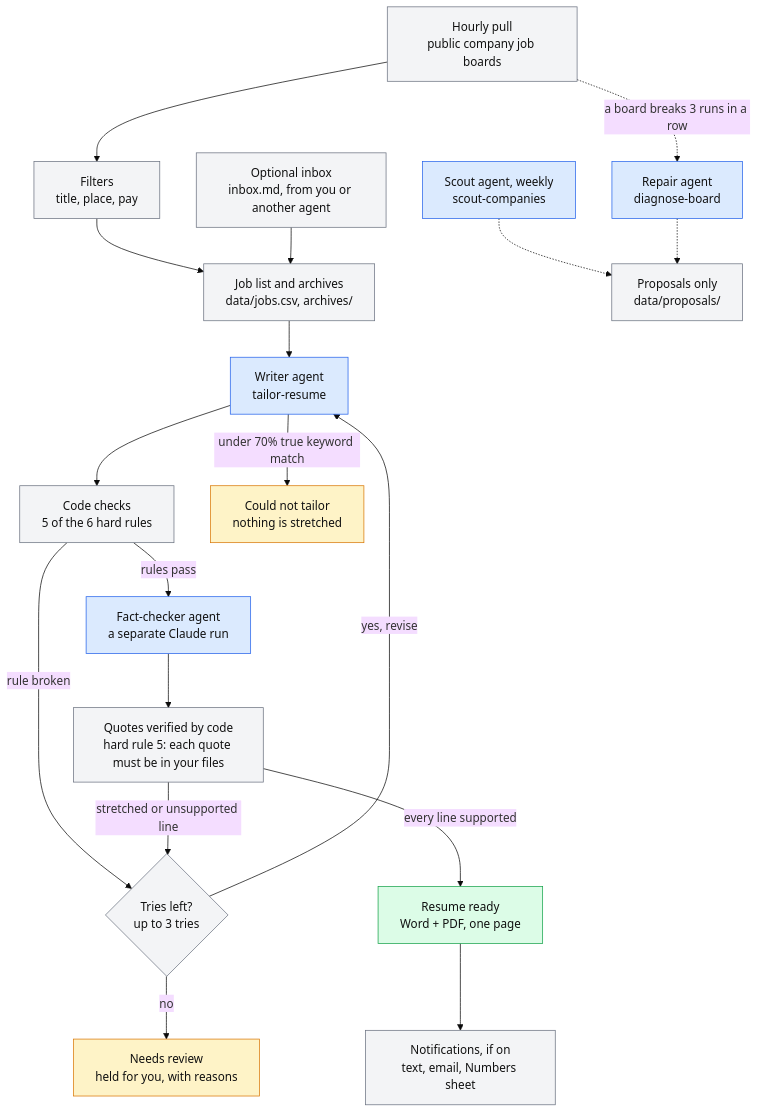
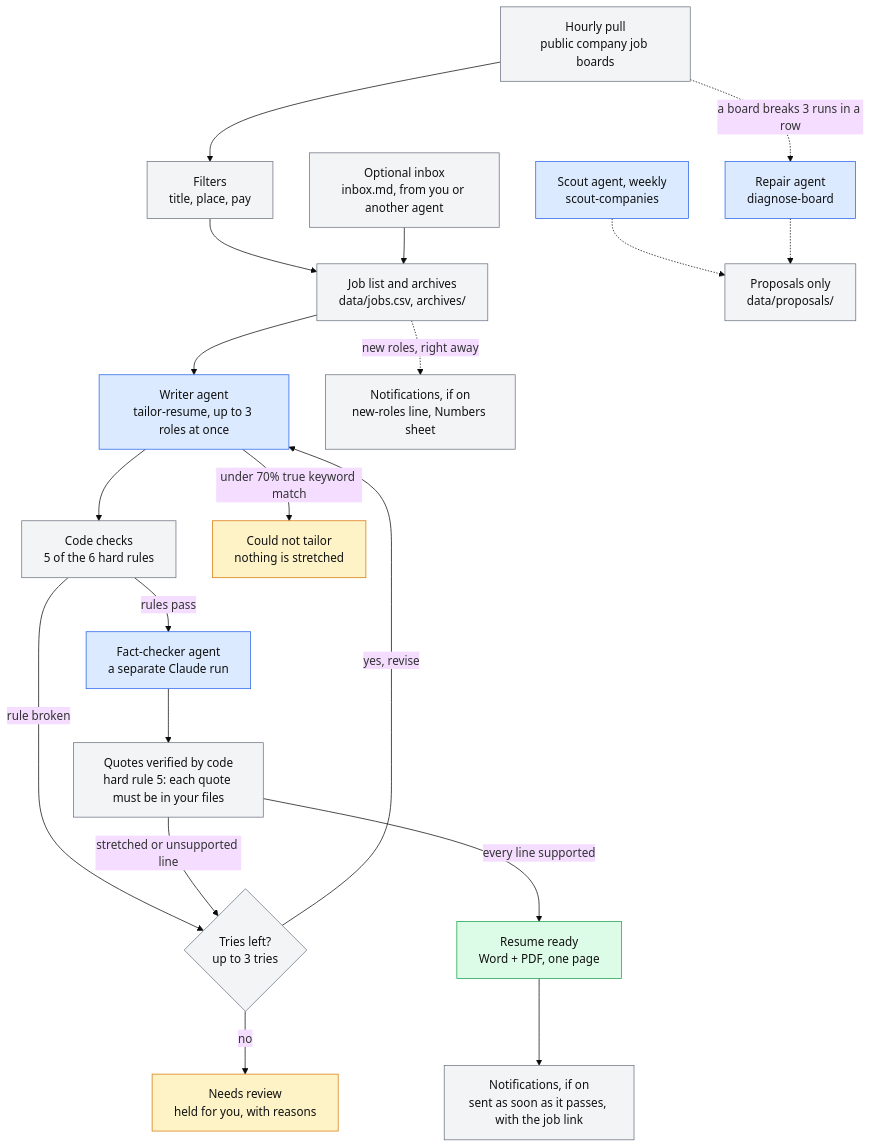
Before and after one commit to mwoodwilson/agentic-job-search: the diagram in README.md, drawn with Mermaid (base theme). The commit also changed other lines of this file and 21 other files, not shown here.

First line of the commit message:
Faster runs: boards pulled at once, up to 3 resumes at a time, each sent as it passes

````diff
--- a/README.md
+++ b/README.md
@@ -17,30 +17,31 @@
 ```mermaid
 flowchart TD
     pull["Hourly pull<br/>public company job boards"] --> filters["Filters<br/>title, place, pay"]
     filters --> list["Job list and archives<br/>data/jobs.csv, archives/"]
     inbox["Optional inbox<br/>inbox.md, from you or another agent"] --> list
-    list --> writer["Writer agent<br/>tailor-resume"]
+    list --> writer["Writer agent<br/>tailor-resume, up to 3 roles at once"]
     writer --> code["Code checks<br/>5 of the 6 hard rules"]
     writer -->|"under 70% true keyword match"| could["Could not tailor<br/>nothing is stretched"]
     code -->|"rules pass"| checker["Fact-checker agent<br/>a separate Claude run"]
     checker --> quotes["Quotes verified by code<br/>hard rule 5: each quote must be in your files"]
     code -->|"rule broken"| tries
     quotes -->|"stretched or unsupported line"| tries{"Tries left?<br/>up to 3 tries"}
     tries -->|"yes, revise"| writer
     tries -->|"no"| review["Needs review<br/>held for you, with reasons"]
     quotes -->|"every line supported"| files["Resume ready<br/>Word + PDF, one page"]
-    files --> notify["Notifications, if on<br/>text, email, Numbers sheet"]
+    files --> notify["Notifications, if on<br/>sent as soon as it passes, with the job link"]
+    list -.->|"new roles, right away"| sheet["Notifications, if on<br/>new-roles line, Numbers sheet"]
 
     pull -.->|"a board breaks 3 runs in a row"| repair["Repair agent<br/>diagnose-board"]
     scout["Scout agent, weekly<br/>scout-companies"] -.-> proposals["Proposals only<br/>data/proposals/"]
     repair -.-> proposals
 
     classDef agent fill:#dbeafe,stroke:#2563eb,color:#111
     classDef plain fill:#f3f4f6,stroke:#6b7280,color:#111
     classDef good fill:#dcfce7,stroke:#16a34a,color:#111
     classDef held fill:#fef3c7,stroke:#d97706,color:#111
     class writer,checker,repair,scout agent
-    class pull,filters,list,inbox,code,quotes,tries,notify,proposals plain
+    class pull,filters,list,inbox,code,quotes,tries,notify,sheet,proposals plain
     class files good
     class could,review held
 ```
````
